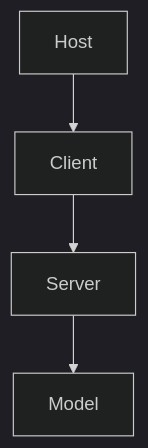
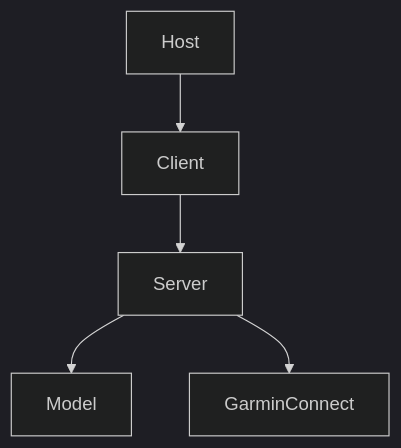
The diagram in README.md (pablo-albaladejo/garmin-mcp), drawn with Mermaid (dark theme) before and after one commit. The commit also changed other lines of this file and 5 other files, not shown here.

Commit message:
feat: add Garmin Connect integration

````diff
--- a/README.md
+++ b/README.md
@@ -41,6 +41,7 @@
 ```mermaid
 graph TD
     Host --> Client
     Client --> Server
     Server --> Model
+    Server --> GarminConnect
 ```
````
